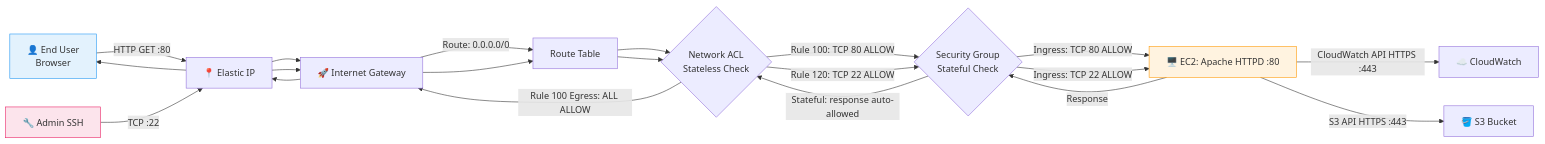
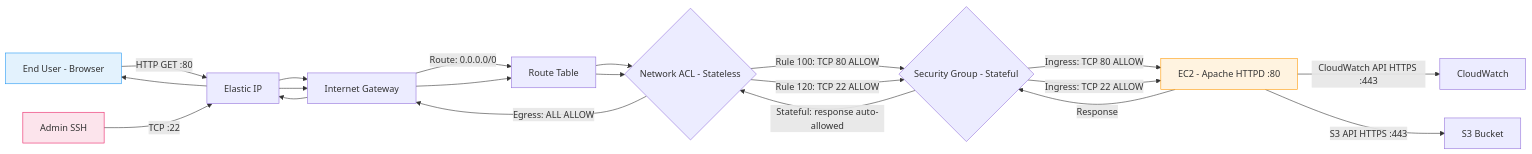
The seventh of 7 diagrams in README.md (anandd46/Terraform-AWS-Infrastructure---Production-Style-VPC-EC2-S3-Deployment), drawn with Mermaid before and after one commit. The commit also changed other lines of this file, not shown here.

````diff
--- a/README.md
+++ b/README.md
@@ -430,25 +430,25 @@
 ```mermaid
 flowchart LR
-    USER[👤 End User\nBrowser] -->|HTTP GET :80| EIP[📍 Elastic IP]
-    EIP --> IGW[🚀 Internet Gateway]
+    USER[End User - Browser] -->|HTTP GET :80| EIP[Elastic IP]
+    EIP --> IGW[Internet Gateway]
     IGW -->|Route: 0.0.0.0/0| RT[Route Table]
-    RT --> NACL{Network ACL\nStateless Check}
-    NACL -->|Rule 100: TCP 80 ALLOW| SG{Security Group\nStateful Check}
-    SG -->|Ingress: TCP 80 ALLOW| EC2[🖥️ EC2: Apache HTTPD :80]
+    RT --> NACL{Network ACL - Stateless}
+    NACL -->|Rule 100: TCP 80 ALLOW| SG{Security Group - Stateful}
+    SG -->|Ingress: TCP 80 ALLOW| EC2[EC2 - Apache HTTPD :80]
     EC2 -->|Response| SG
     SG -->|Stateful: response auto-allowed| NACL
-    NACL -->|Rule 100 Egress: ALL ALLOW| IGW
+    NACL -->|Egress: ALL ALLOW| IGW
     IGW --> EIP --> USER
 
-    ADMIN[🔧 Admin SSH] -->|TCP :22| EIP
+    ADMIN[Admin SSH] -->|TCP :22| EIP
     EIP --> IGW --> RT --> NACL
     NACL -->|Rule 120: TCP 22 ALLOW| SG
     SG -->|Ingress: TCP 22 ALLOW| EC2
 
-    EC2 -->|CloudWatch API HTTPS :443| CW[☁️ CloudWatch]
-    EC2 -->|S3 API HTTPS :443| S3[🪣 S3 Bucket]
+    EC2 -->|CloudWatch API HTTPS :443| CW[CloudWatch]
+    EC2 -->|S3 API HTTPS :443| S3[S3 Bucket]
 
     style USER fill:#e3f2fd,stroke:#2196F3
     style ADMIN fill:#fce4ec,stroke:#E91E63
     style EC2 fill:#fff3e0,stroke:#FF9800
 ```
````
